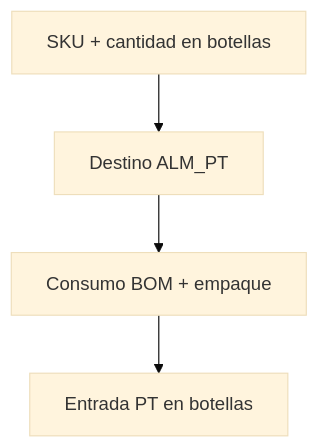
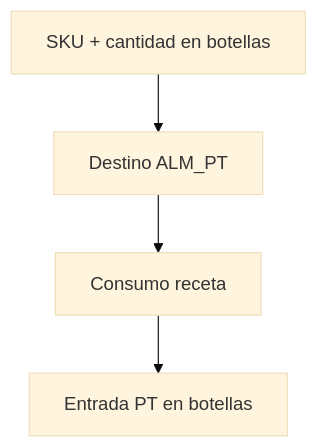
Before and after one commit to viziasac/web_bodegasantamaria: the fourth of 5 diagrams in docs/01_manual_usuario_cliente_web.md, drawn with Mermaid (base theme). The commit also changed other lines of this file and 26 other files, not shown here.

````diff
--- a/docs/01_manual_usuario_cliente_web.md
+++ b/docs/01_manual_usuario_cliente_web.md
@@ -176,6 +176,6 @@
 ```mermaid
 flowchart TD
   A[SKU + cantidad en botellas] --> B[Destino ALM_PT]
-  B --> C[Consumo BOM + empaque]
+  B --> C[Consumo receta]
   C --> D[Entrada PT en botellas]
 ```
````
